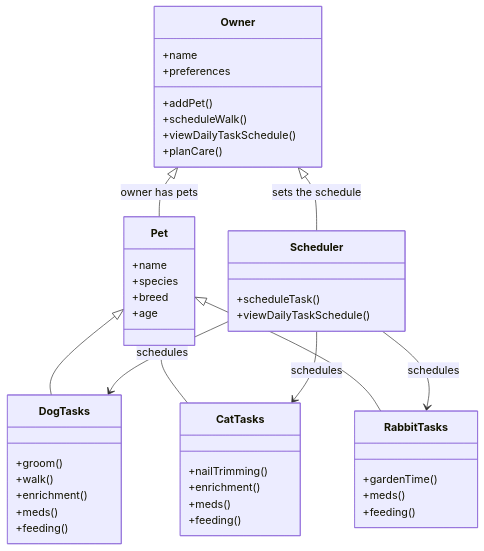
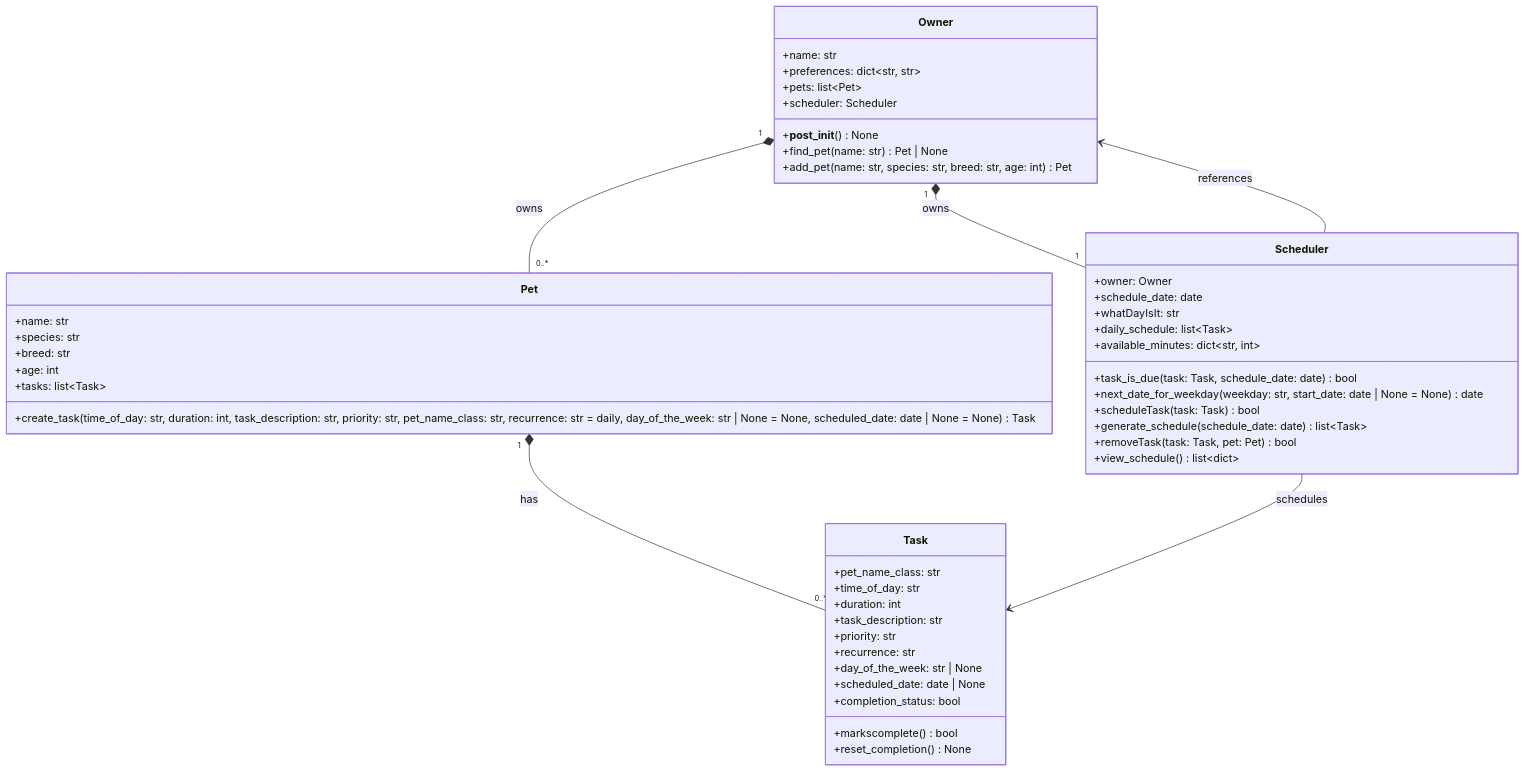
Before and after one commit to Andy-m00/ai110-module2show-pawpal-starter: the diagram in uml.mmd, drawn with Mermaid. The commit also changed 4 other files, not shown here.

First line of the commit message:
Implement PawPal+ pet care scheduling workflow

```diff
--- a/uml.mmd
+++ b/uml.mmd
@@ -1,51 +1,53 @@
 classDiagram
     class Owner {
-        +name
-        +preferences
-        +addPet()
-        +scheduleWalk()
-        +viewDailyTaskSchedule()
-        +planCare()
+        +name: str
+        +preferences: dict~str, str~
+        +pets: list~Pet~
+        +scheduler: Scheduler
+        +__post_init__() None
+        +find_pet(name: str) Pet | None
+        +add_pet(name: str, species: str, breed: str, age: int) Pet
     }
 
     class Pet {
-        +name
-        +species
-        +breed
-        +age
+        +name: str
+        +species: str
+        +breed: str
+        +age: int
+        +tasks: list~Task~
+        +create_task(time_of_day: str, duration: int, task_description: str, priority: str, pet_name_class: str, recurrence: str = daily, day_of_the_week: str | None = None, scheduled_date: date | None = None) Task
+    }
+
+    class Task {
+        +pet_name_class: str
+        +time_of_day: str
+        +duration: int
+        +task_description: str
+        +priority: str
+        +recurrence: str
+        +day_of_the_week: str | None
+        +scheduled_date: date | None
+        +completion_status: bool
+        +markscomplete() bool
+        +reset_completion() None
     }
 
     class Scheduler {
-        +scheduleTask()
-        +viewDailyTaskSchedule()
+        +owner: Owner
+        +schedule_date: date
+        +whatDayIsIt: str
+        +daily_schedule: list~Task~
+        +available_minutes: dict~str, int~
+        +task_is_due(task: Task, schedule_date: date) bool
+        +next_date_for_weekday(weekday: str, start_date: date | None = None) date
+        +scheduleTask(task: Task) bool
+        +generate_schedule(schedule_date: date) list~Task~
+        +removeTask(task: Task, pet: Pet) bool
+        +view_schedule() list~dict~
     }
 
-    class DogTasks {
-        +groom()
-        +walk()
-        +enrichment()
-        +meds()
-        +feeding()
-    }
-
-    class CatTasks {
-        +nailTrimming()
-        +enrichment()
-        +meds()
-        +feeding()
-    }
-
-    class RabbitTasks {
-        +gardenTime()
-        +meds()
-        +feeding()
-    }
-
-    Owner <|-- Pet: owner has pets
-    Owner <| -- Scheduler: sets the schedule
-    Pet <|-- DogTasks
-    Pet <|-- CatTasks
-    Pet <|-- RabbitTasks
-    Scheduler --> DogTasks : schedules
-    Scheduler --> CatTasks : schedules
-    Scheduler --> RabbitTasks : schedules
+    Owner "1" *-- "0..*" Pet : owns
+    Owner "1" *-- "1" Scheduler : owns
+    Pet "1" *-- "0..*" Task : has
+    Scheduler --> Owner : references
+    Scheduler --> Task : schedules
```
